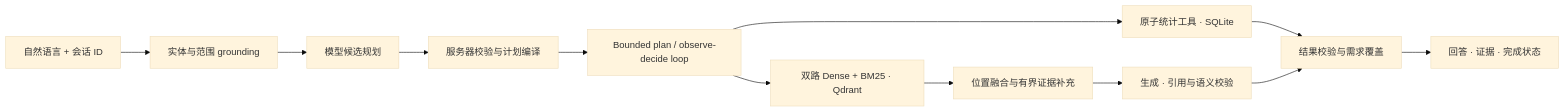
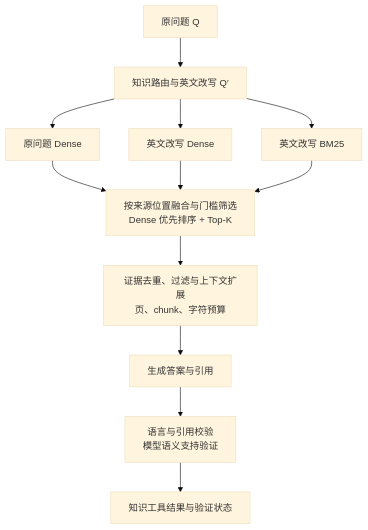
Before and after one commit to yangxiaolin9527/nba-analytics-agent: the second of 2 diagrams in README.md, drawn with Mermaid (base theme). The commit also changed other lines of this file and 5 other files, not shown here.

````diff
--- a/README.md
+++ b/README.md
@@ -29,14 +58,14 @@
 ```mermaid
-flowchart LR
-  U[自然语言 + 会话 ID] --> G[实体与范围 grounding]
-  G --> P[模型候选规划]
-  P --> C[服务器校验与计划编译]
-  C --> A[Bounded plan / observe-decide loop]
-  A --> S[原子统计工具 · SQLite]
-  A --> R[双路 Dense + BM25 · Qdrant]
-  R --> E[位置融合与有界证据补充]
-  E --> V[生成 · 引用与语义校验]
-  S --> O[结果校验与需求覆盖]
-  V --> O
-  O --> F[回答 · 证据 · 完成状态]
+flowchart TB
+  Q[原问题 Q] --> ROUTE[知识路由与英文改写 Q′]
+  ROUTE --> D1[原问题 Dense]
+  ROUTE --> D2[英文改写 Dense]
+  ROUTE --> BM[英文改写 BM25]
+  D1 --> F[按来源位置融合与门槛筛选<br/>Dense 优先排序 + Top-K]
+  D2 --> F
+  BM --> F
+  F --> E[证据去重、过滤与上下文扩展<br/>页、chunk、字符预算]
+  E --> G[生成答案与引用]
+  G --> V[语言与引用校验<br/>模型语义支持验证]
+  V --> A[知识工具结果与验证状态]
 ```
````
